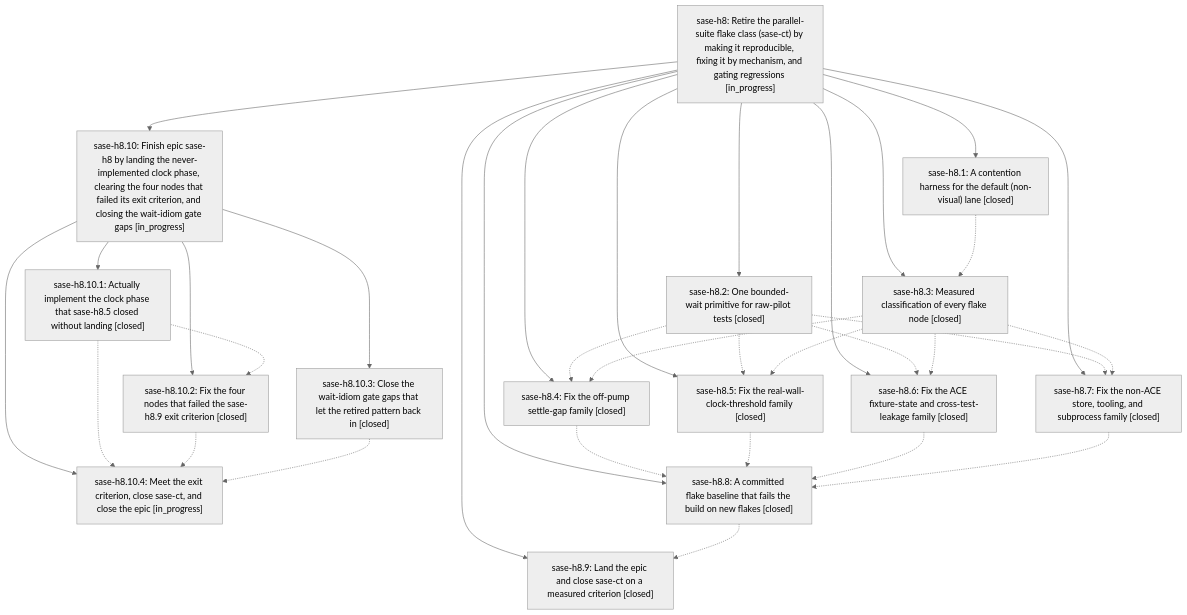
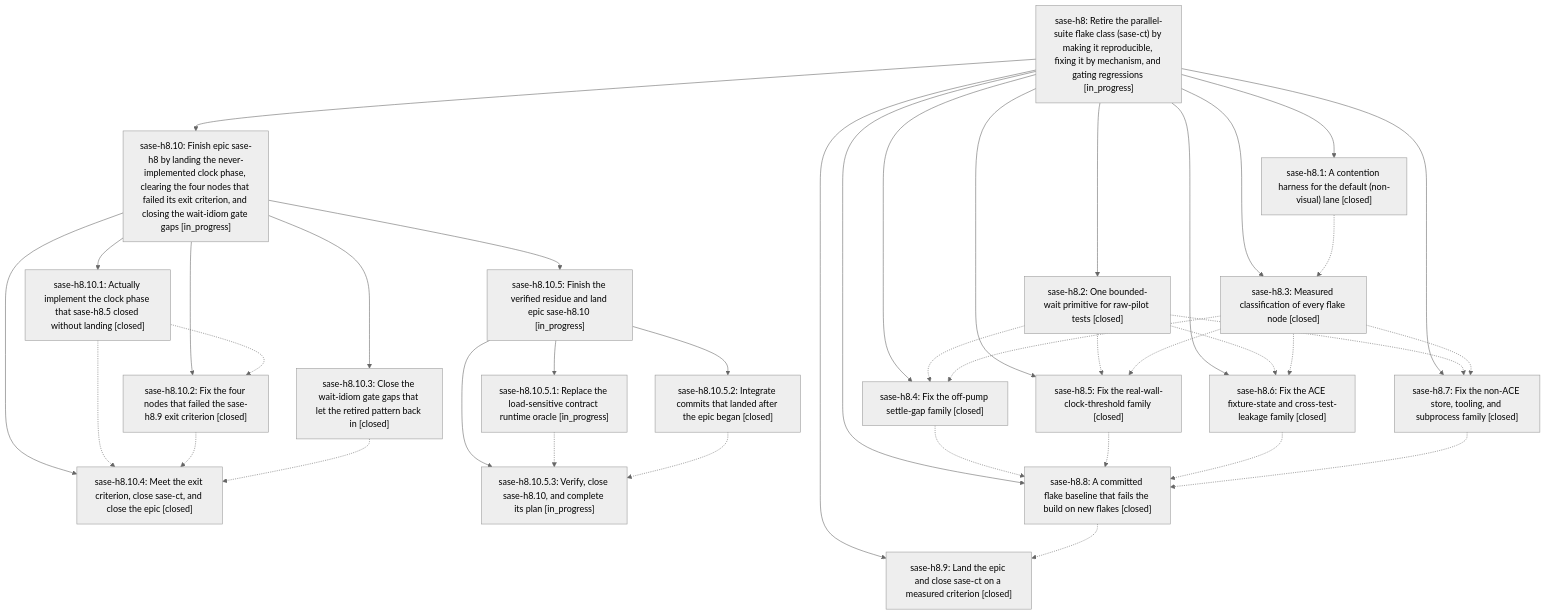
One commit to sase-org/sase--beads changed the diagram in pages/sase-h8/README.md. Above: the diagram before and after it, drawn with Mermaid (neutral theme). The commit also changed other lines of this file and 9 other files, not shown here.

````diff
--- a/pages/sase-h8/README.md
+++ b/pages/sase-h8/README.md
@@ -60,50 +70,60 @@
 ```mermaid
 flowchart TD
     n0["sase-h8: Retire the parallel-suite flake class (sase-ct) by making it reproducible, fixing it by mechanism, and gating regressions [in_progress]"]
     n1["sase-h8.1: A contention harness for the default (non-visual) lane [closed]"]
     n2["sase-h8.10: Finish epic sase-h8 by landing the never-implemented clock phase, clearing the four nodes that failed its exit criterion, and closing the wait-idiom gate gaps [in_progress]"]
     n3["sase-h8.10.1: Actually implement the clock phase that sase-h8.5 closed without landing [closed]"]
     n4["sase-h8.10.2: Fix the four nodes that failed the sase-h8.9 exit criterion [closed]"]
     n5["sase-h8.10.3: Close the wait-idiom gate gaps that let the retired pattern back in [closed]"]
-    n6["sase-h8.10.4: Meet the exit criterion, close sase-ct, and close the epic [in_progress]"]
-    n7["sase-h8.2: One bounded-wait primitive for raw-pilot tests [closed]"]
-    n8["sase-h8.3: Measured classification of every flake node [closed]"]
-    n9["sase-h8.4: Fix the off-pump settle-gap family [closed]"]
-    n10["sase-h8.5: Fix the real-wall-clock-threshold family [closed]"]
-    n11["sase-h8.6: Fix the ACE fixture-state and cross-test-leakage family [closed]"]
-    n12["sase-h8.7: Fix the non-ACE store, tooling, and subprocess family [closed]"]
-    n13["sase-h8.8: A committed flake baseline that fails the build on new flakes [closed]"]
-    n14["sase-h8.9: Land the epic and close sase-ct on a measured criterion [closed]"]
+    n6["sase-h8.10.4: Meet the exit criterion, close sase-ct, and close the epic [closed]"]
+    n7["sase-h8.10.5: Finish the verified residue and land epic sase-h8.10 [in_progress]"]
+    n8["sase-h8.10.5.1: Replace the load-sensitive contract runtime oracle [in_progress]"]
+    n9["sase-h8.10.5.2: Integrate commits that landed after the epic began [closed]"]
+    n10["sase-h8.10.5.3: Verify, close sase-h8.10, and complete its plan [in_progress]"]
+    n11["sase-h8.2: One bounded-wait primitive for raw-pilot tests [closed]"]
+    n12["sase-h8.3: Measured classification of every flake node [closed]"]
+    n13["sase-h8.4: Fix the off-pump settle-gap family [closed]"]
+    n14["sase-h8.5: Fix the real-wall-clock-threshold family [closed]"]
+    n15["sase-h8.6: Fix the ACE fixture-state and cross-test-leakage family [closed]"]
+    n16["sase-h8.7: Fix the non-ACE store, tooling, and subprocess family [closed]"]
+    n17["sase-h8.8: A committed flake baseline that fails the build on new flakes [closed]"]
+    n18["sase-h8.9: Land the epic and close sase-ct on a measured criterion [closed]"]
     n0 --> n1
     n0 --> n2
     n2 --> n3
     n2 --> n4
     n2 --> n5
     n2 --> n6
-    n0 --> n7
-    n0 --> n8
-    n0 --> n9
-    n0 --> n10
+    n2 --> n7
+    n7 --> n8
+    n7 --> n9
+    n7 --> n10
     n0 --> n11
     n0 --> n12
     n0 --> n13
     n0 --> n14
-    n1 -.-> n8
+    n0 --> n15
+    n0 --> n16
+    n0 --> n17
+    n0 --> n18
+    n1 -.-> n12
     n3 -.-> n4
     n3 -.-> n6
     n4 -.-> n6
     n5 -.-> n6
-    n7 -.-> n9
-    n7 -.-> n10
-    n7 -.-> n11
-    n7 -.-> n12
-    n8 -.-> n9
     n8 -.-> n10
-    n8 -.-> n11
-    n8 -.-> n12
-    n9 -.-> n13
-    n10 -.-> n13
+    n9 -.-> n10
     n11 -.-> n13
+    n11 -.-> n14
+    n11 -.-> n15
+    n11 -.-> n16
     n12 -.-> n13
-    n13 -.-> n14
+    n12 -.-> n14
+    n12 -.-> n15
+    n12 -.-> n16
+    n13 -.-> n17
+    n14 -.-> n17
+    n15 -.-> n17
+    n16 -.-> n17
+    n17 -.-> n18
 ```
````
